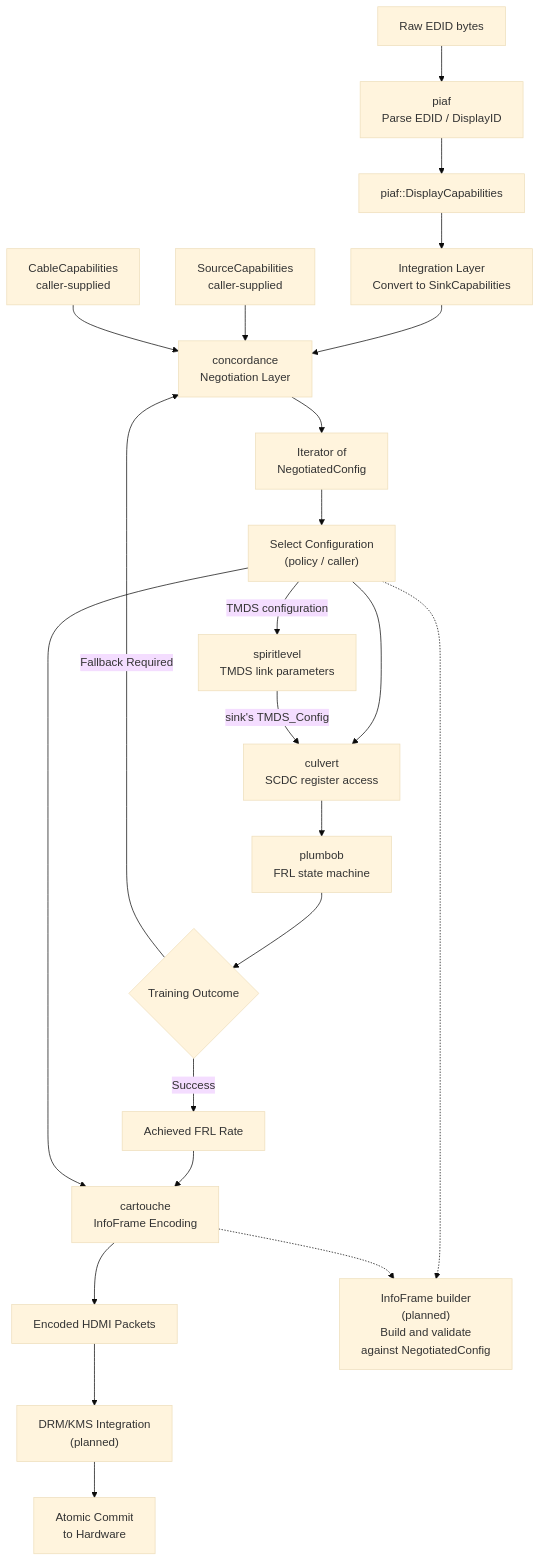
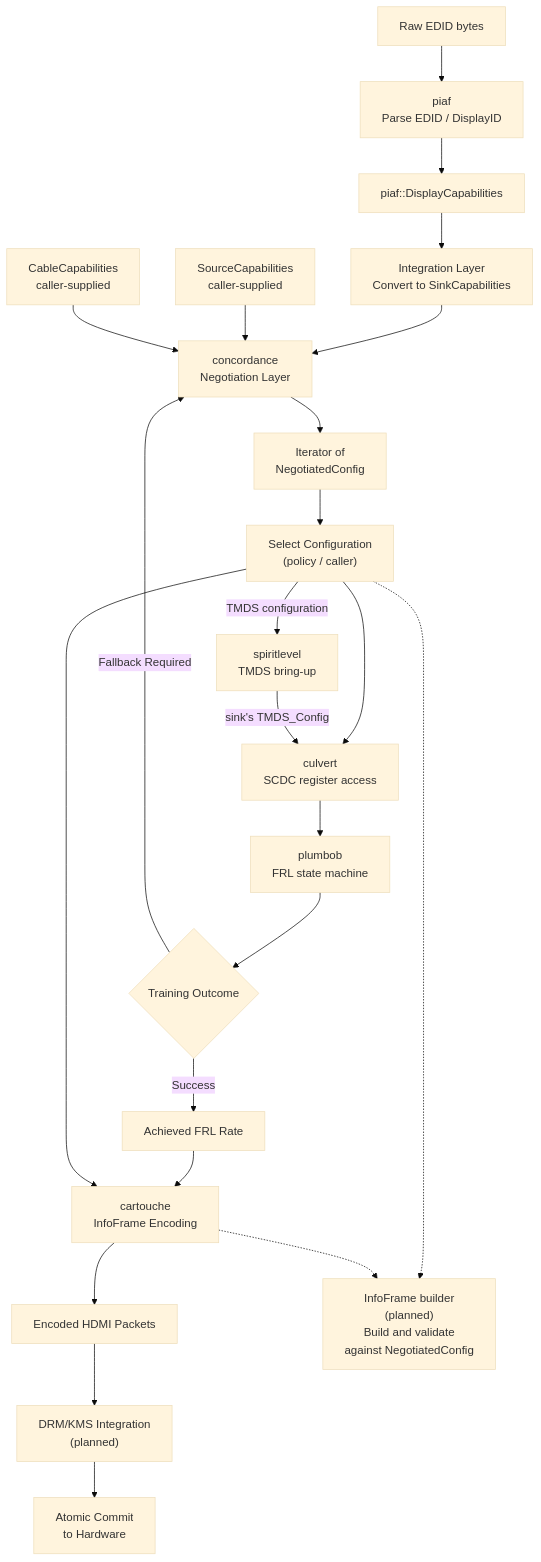
One commit to ashlar-display/ashlar-display.github.io changed the diagram in src/stack.md. Above: the diagram before and after it, drawn with Mermaid (base theme). The commit also changed other lines of this file and 2 other files, not shown here.

Commit message:
Spiritlevel v0.2 has been released

````diff
--- a/src/stack.md
+++ b/src/stack.md
@@ -42,31 +42,31 @@
 ```mermaid
 flowchart TD
 A[Raw EDID bytes] --> B["piaf <br> Parse EDID / DisplayID"]
 B --> C[piaf::DisplayCapabilities]
 C --> C2["Integration Layer<br>Convert to SinkCapabilities"]
 C2 --> D["concordance <br>Negotiation Layer"]
 
     E["SourceCapabilities<br>caller-supplied"] --> D
     F["CableCapabilities<br>caller-supplied"] --> D
 
     D --> G["Iterator of<br>NegotiatedConfig"]
     G --> H["Select Configuration<br>(policy / caller)"]
 
     H --> I["culvert <br>SCDC register access"]
-    H -->|TMDS configuration| T["spiritlevel <br>TMDS link parameters"]
+    H -->|TMDS configuration| T["spiritlevel <br>TMDS bring-up"]
     T -->|"sink's TMDS_Config"| I
     I --> I2["plumbob <br>FRL state machine"]
     I2 --> J{Training Outcome}
 
     J -->|Success| K[Achieved FRL Rate]
     J -->|Fallback Required| D
 
     K --> L["cartouche <br>InfoFrame Encoding"]
     H --> L
     L --> M[Encoded HDMI Packets]
     H -.-> LV["InfoFrame builder<br>(planned)<br>Build and validate<br>against NegotiatedConfig"]
     L -.-> LV
 
     M --> N["DRM/KMS Integration<br>(planned)"]
     N --> O["Atomic Commit<br>to Hardware"]
 ```
````
